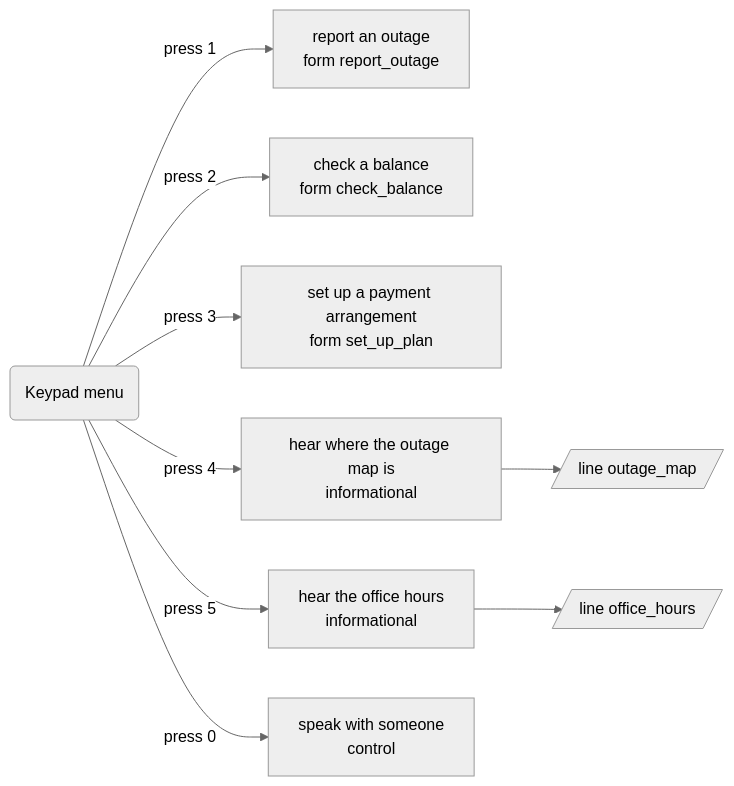
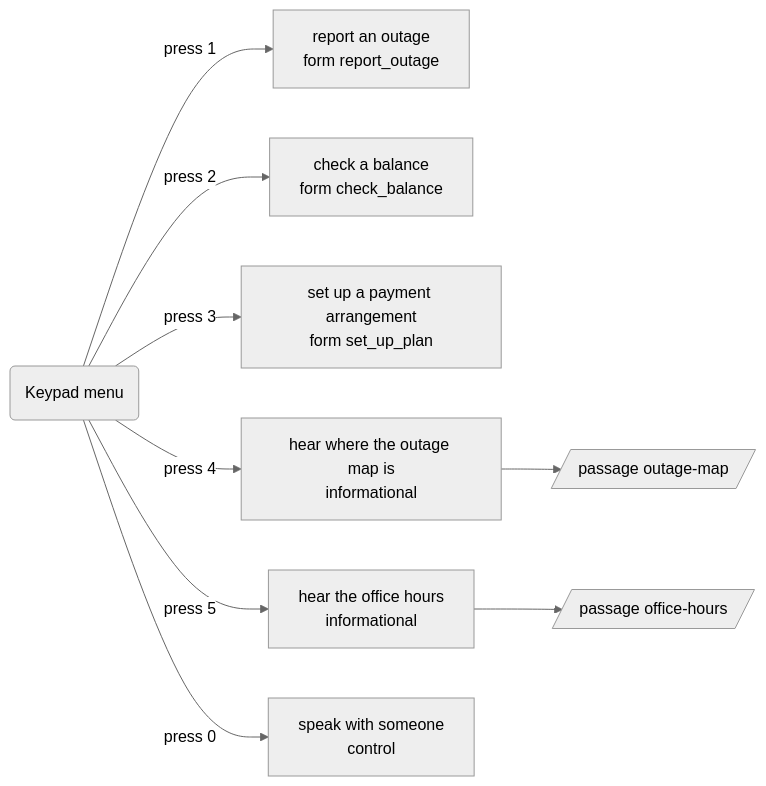
The first of 5 diagrams in apps/utility/APP-MAP.md (DialogWright/dialogwright), drawn with Mermaid (neutral theme) before and after one commit. The commit also changed other lines of this file and 16 other files, not shown here.

````diff
--- a/apps/utility/APP-MAP.md
+++ b/apps/utility/APP-MAP.md
@@ -23,20 +24,20 @@
 ```mermaid
 flowchart LR
   menu("Keypad menu")
   i_report_outage["report an outage<br/>form report_outage"]
   menu -->|"press 1"| i_report_outage
   i_check_balance["check a balance<br/>form check_balance"]
   menu -->|"press 2"| i_check_balance
   i_set_up_plan["set up a payment arrangement<br/>form set_up_plan"]
   menu -->|"press 3"| i_set_up_plan
   i_outage_map["hear where the outage map is<br/>informational"]
-  p_outage_map[/"line outage_map"/]
+  p_outage_map[/"passage outage-map"/]
   i_outage_map --> p_outage_map
   menu -->|"press 4"| i_outage_map
   i_office_hours["hear the office hours<br/>informational"]
-  p_office_hours[/"line office_hours"/]
+  p_office_hours[/"passage office-hours"/]
   i_office_hours --> p_office_hours
   menu -->|"press 5"| i_office_hours
   i_agent["speak with someone<br/>control"]
   menu -->|"press 0"| i_agent
 ```
````
